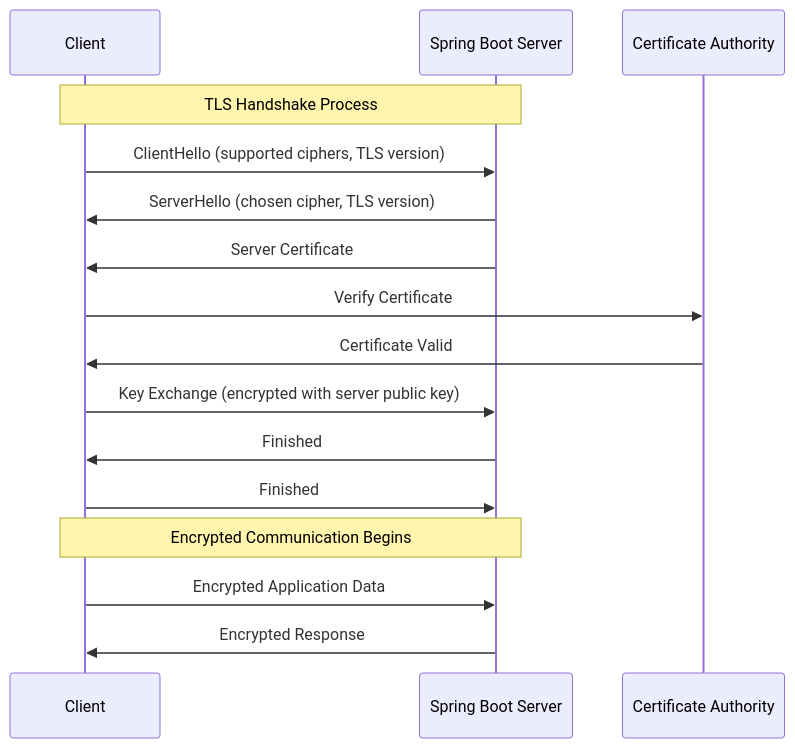
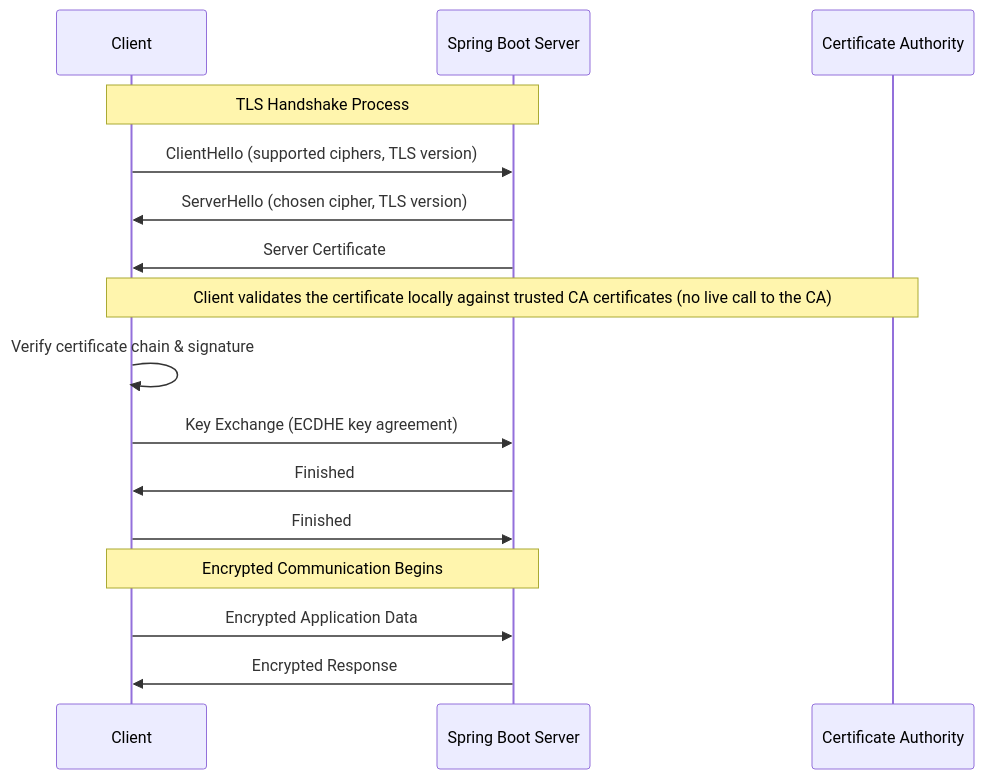
The first of 2 diagrams in posts/2025-07-02-spring-boot-ssl-tls-configuration/README.md (OneUptime/blog), drawn with Mermaid before and after one commit. The commit also changed other lines of this file and 2 other files, not shown here.

Commit message:
validate: 2025-07-02-spring-boot-ssl-tls-configuration

````diff
--- a/posts/2025-07-02-spring-boot-ssl-tls-configuration/README.md
+++ b/posts/2025-07-02-spring-boot-ssl-tls-configuration/README.md
@@ -21,19 +21,19 @@
 ```mermaid
 sequenceDiagram
     participant Client
     participant Server as Spring Boot Server
     participant CA as Certificate Authority
 
     Note over Client,Server: TLS Handshake Process
     Client->>Server: ClientHello (supported ciphers, TLS version)
     Server->>Client: ServerHello (chosen cipher, TLS version)
     Server->>Client: Server Certificate
-    Client->>CA: Verify Certificate
-    CA->>Client: Certificate Valid
-    Client->>Server: Key Exchange (encrypted with server public key)
+    Note over Client,CA: Client validates the certificate locally against trusted CA certificates (no live call to the CA)
+    Client->>Client: Verify certificate chain & signature
+    Client->>Server: Key Exchange (ECDHE key agreement)
     Server->>Client: Finished
     Client->>Server: Finished
     Note over Client,Server: Encrypted Communication Begins
     Client->>Server: Encrypted Application Data
     Server->>Client: Encrypted Response
 ```
````
